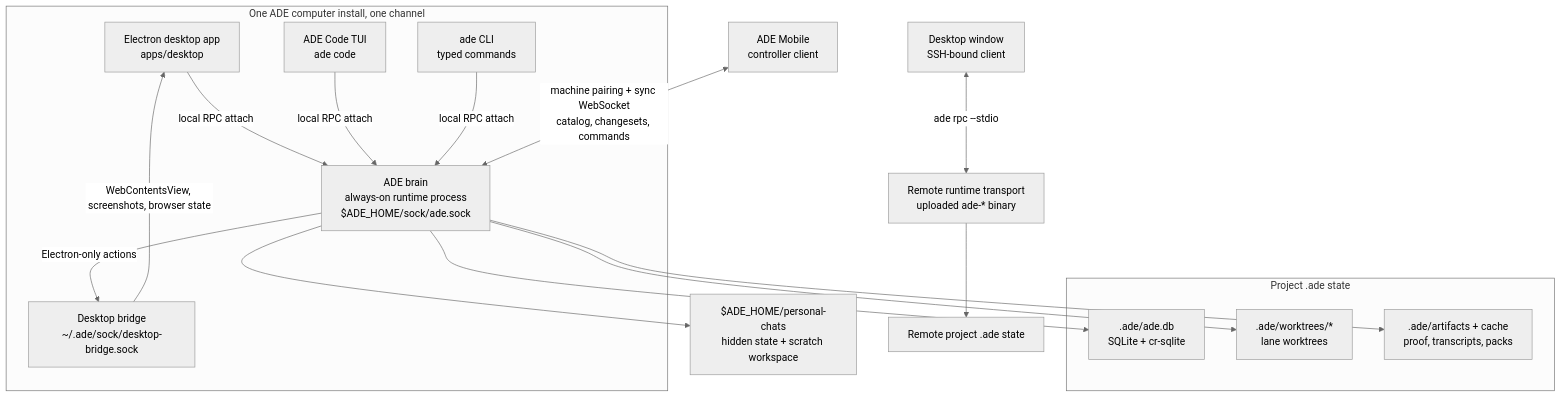
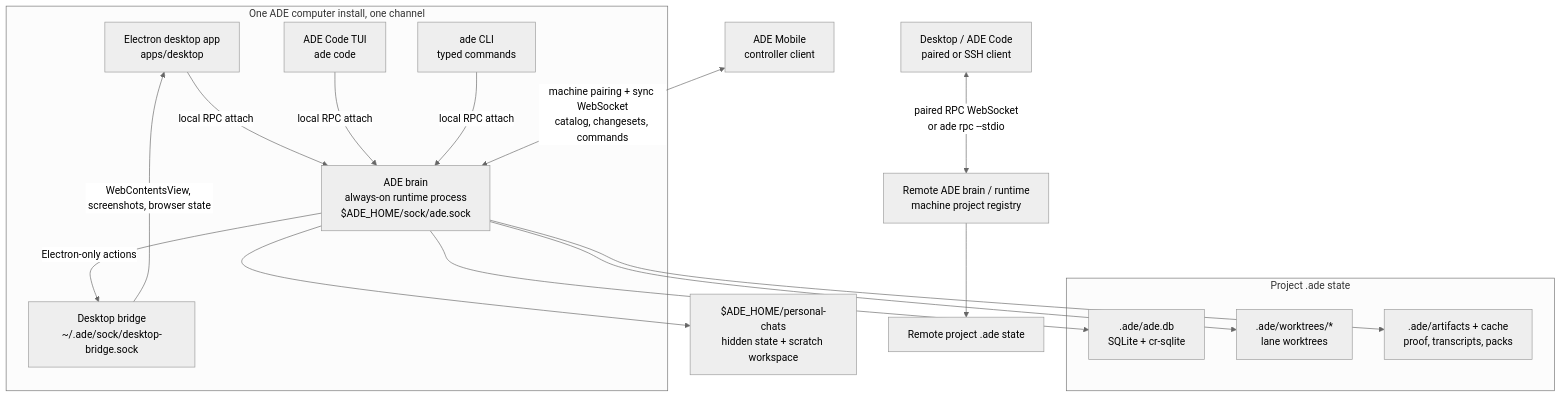
One commit to arul28/ADE changed the diagram in docs/ARCHITECTURE.md. Above: the diagram before and after it, drawn with Mermaid (neutral theme). The commit also changed other lines of this file and 23 other files, not shown here.

Commit message:
fix(ade-code): restore paired remote transport

````diff
--- a/docs/ARCHITECTURE.md
+++ b/docs/ARCHITECTURE.md
@@ -17,34 +17,34 @@
 ```mermaid
 flowchart TB
   subgraph LocalMachine["One ADE computer install, one channel"]
     Desktop["Electron desktop app<br/>apps/desktop"]
     Code["ADE Code TUI<br/>ade code"]
     Shell["ade CLI<br/>typed commands"]
     Brain["ADE brain<br/>always-on runtime process<br/>$ADE_HOME/sock/ade.sock"]
     Bridge["Desktop bridge<br/>~/.ade/sock/desktop-bridge.sock"]
   end
 
   Desktop -->|"local RPC attach"| Brain
   Code -->|"local RPC attach"| Brain
   Shell -->|"local RPC attach"| Brain
   Brain -->|"Electron-only actions"| Bridge
   Bridge -->|"WebContentsView, screenshots, browser state"| Desktop
 
   subgraph ProjectState["Project .ade state"]
     Database[".ade/ade.db<br/>SQLite + cr-sqlite"]
     Lanes[".ade/worktrees/*<br/>lane worktrees"]
     Artifacts[".ade/artifacts + cache<br/>proof, transcripts, packs"]
   end
 
   Personal["$ADE_HOME/personal-chats<br/>hidden state + scratch workspace"]
 
   Brain --> Database
   Brain --> Lanes
   Brain --> Artifacts
   Brain --> Personal
 
   IOS["ADE Mobile<br/>controller client"] <-->|"machine pairing + sync WebSocket<br/>catalog, changesets, commands"| Brain
 
-  DesktopRemote["Desktop window<br/>SSH-bound client"] <-->|"ade rpc --stdio"| RemoteRuntime["Remote runtime transport<br/>uploaded ade-* binary"]
+  DesktopRemote["Desktop / ADE Code<br/>paired or SSH client"] <-->|"paired RPC WebSocket<br/>or ade rpc --stdio"| RemoteRuntime["Remote ADE brain / runtime<br/>machine project registry"]
   RemoteRuntime --> RemoteProject["Remote project .ade state"]
 ```
````
